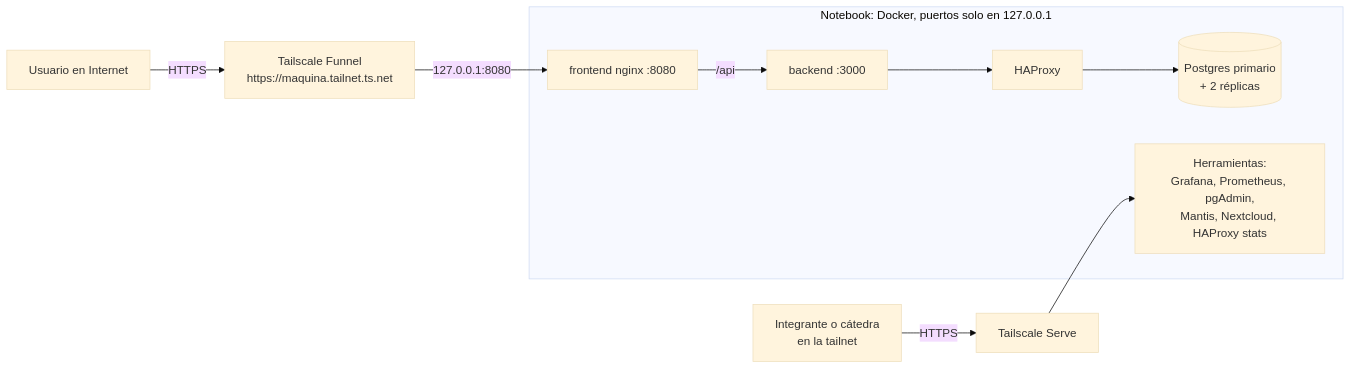
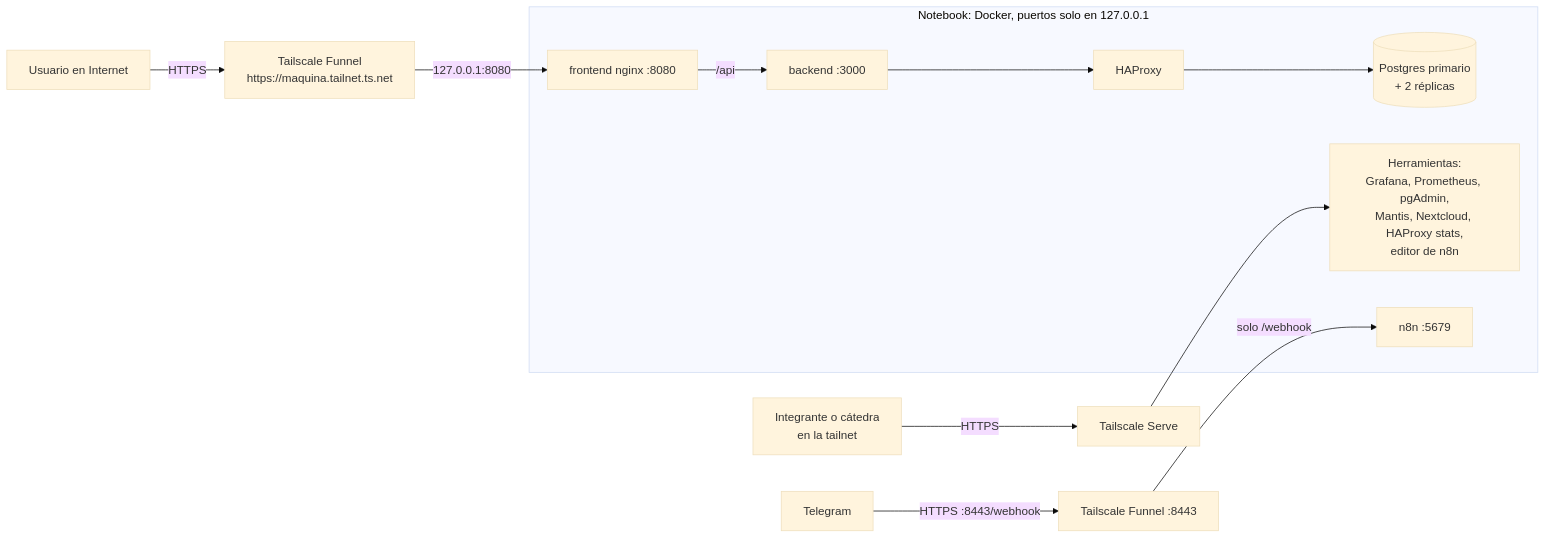
The diagram in docs/PUBLICACION_ACCESO.md (unju-grupo05/hia-expojuy2026v2), drawn with Mermaid (base theme) before and after one commit. The commit also changed other lines of this file and 6 other files, not shown here.

````diff
--- a/docs/PUBLICACION_ACCESO.md
+++ b/docs/PUBLICACION_ACCESO.md
@@ -28,18 +28,21 @@
 ```mermaid
 flowchart LR
     U[Usuario en Internet] -->|HTTPS| F[Tailscale Funnel<br/>https://maquina.tailnet.ts.net]
+    TG[Telegram] -->|HTTPS :8443/webhook| F2[Tailscale Funnel :8443]
     T[Integrante o cátedra<br/>en la tailnet] -->|HTTPS| S[Tailscale Serve]
 
     subgraph NB[Notebook: Docker, puertos solo en 127.0.0.1]
         FE[frontend nginx :8080]
         BE[backend :3000]
         HA[HAProxy]
         PG[(Postgres primario<br/>+ 2 réplicas)]
-        ADM[Herramientas:<br/>Grafana, Prometheus, pgAdmin,<br/>Mantis, Nextcloud, HAProxy stats]
+        ADM[Herramientas:<br/>Grafana, Prometheus, pgAdmin,<br/>Mantis, Nextcloud, HAProxy stats,<br/>editor de n8n]
+        N8N[n8n :5679]
     end
 
     F -->|127.0.0.1:8080| FE
+    F2 -->|solo /webhook| N8N
     FE -->|/api| BE
     BE --> HA --> PG
     S --> ADM
 ```
````
